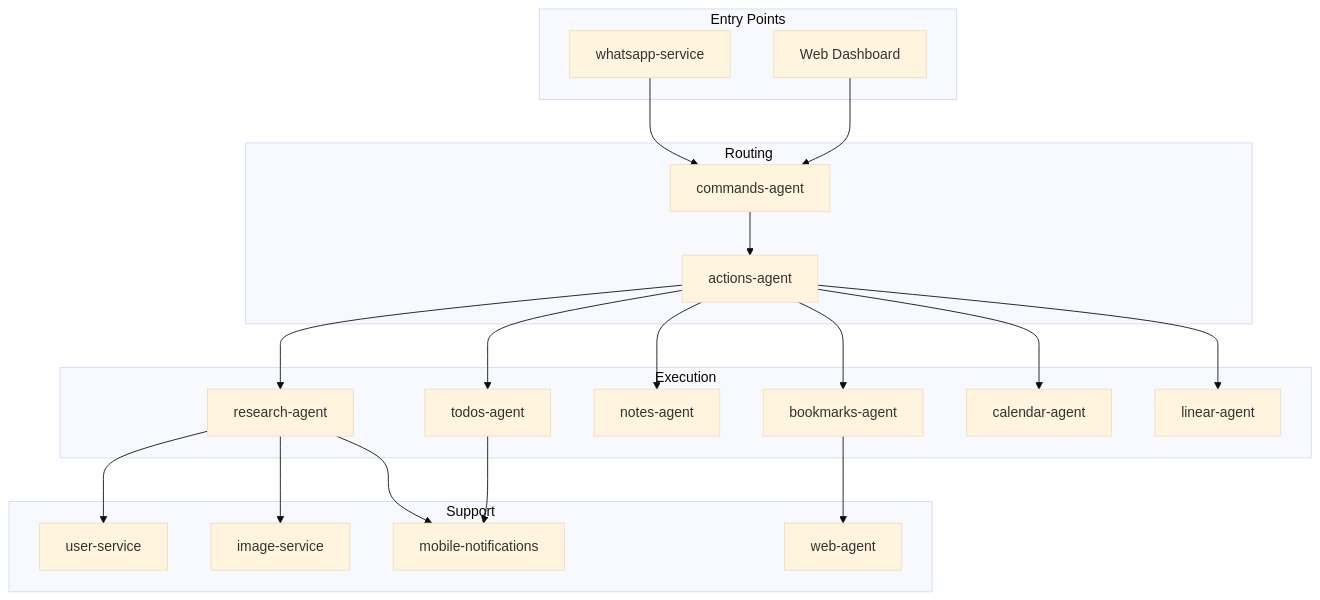
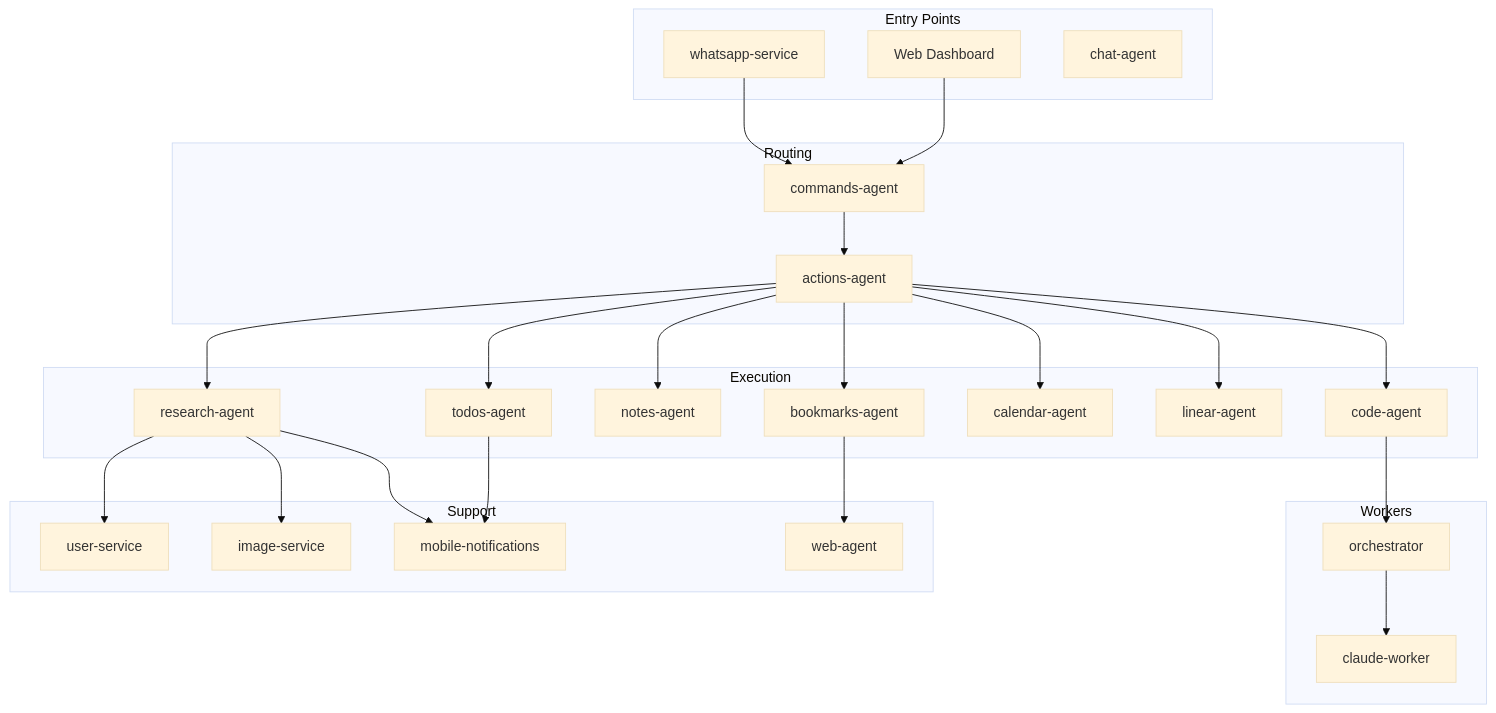
The second of 2 diagrams in docs/services/index.md (pbuchman/intexuraos), drawn with Mermaid (base theme) before and after one commit. The commit also changed other lines of this file and 214 other files, not shown here.

````diff
--- a/docs/services/index.md
+++ b/docs/services/index.md
@@ -212,46 +321,57 @@
 ```mermaid
 graph TD
     subgraph "Entry Points"
         WA[whatsapp-service]
         WEB[Web Dashboard]
+        CHAT[chat-agent]
     end
 
     subgraph "Routing"
         CMD[commands-agent]
         ACT[actions-agent]
     end
 
     subgraph "Execution"
         RES[research-agent]
         TODO[todos-agent]
         NOTE[notes-agent]
         BOOK[bookmarks-agent]
         CAL[calendar-agent]
         LIN[linear-agent]
+        CODE[code-agent]
     end
 
     subgraph "Support"
         USER[user-service]
         IMG[image-service]
         WEB_A[web-agent]
         NOTIF[mobile-notifications]
+    end
+
+    subgraph "Workers"
+        ORCH[orchestrator]
+        CW[claude-worker]
     end
 
     WA --> CMD
     WEB --> CMD
     CMD --> ACT
 
     ACT --> RES
     ACT --> TODO
     ACT --> NOTE
     ACT --> BOOK
     ACT --> CAL
     ACT --> LIN
+    ACT --> CODE
+
+    CODE --> ORCH
+    ORCH --> CW
 
     RES --> USER
     RES --> IMG
     BOOK --> WEB_A
 
     RES --> NOTIF
     TODO --> NOTIF
 ```
````
